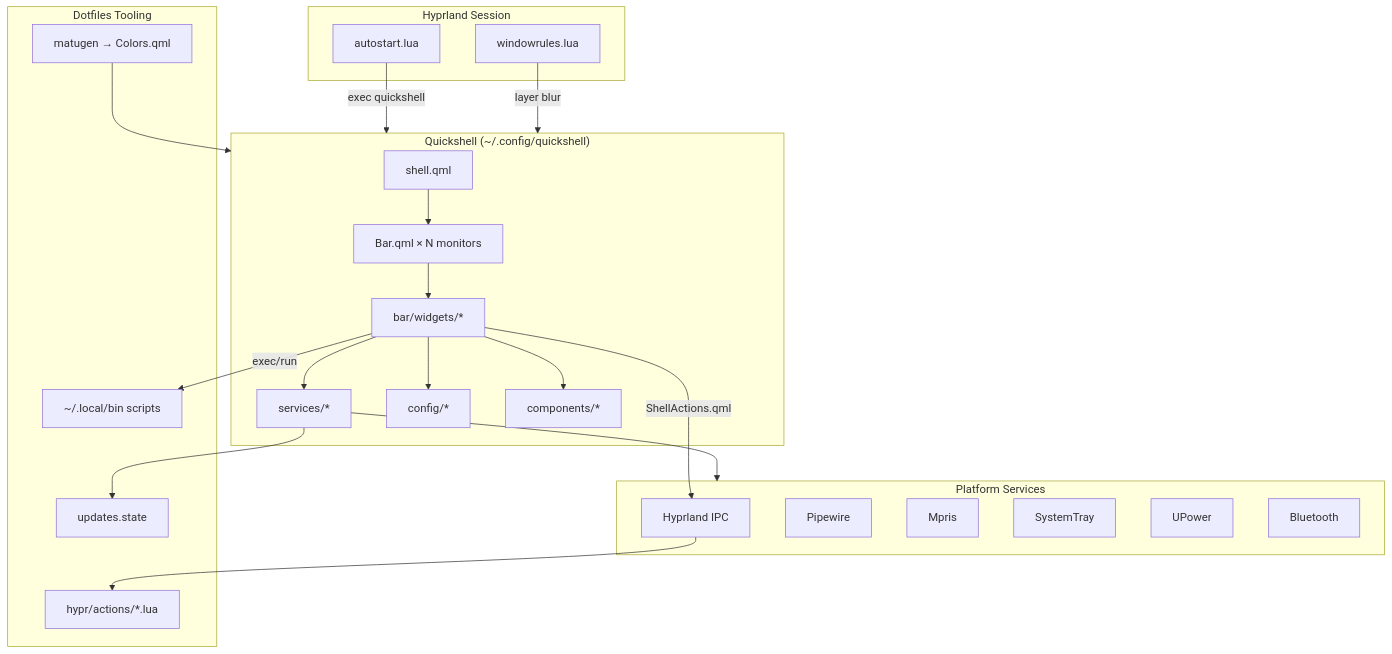
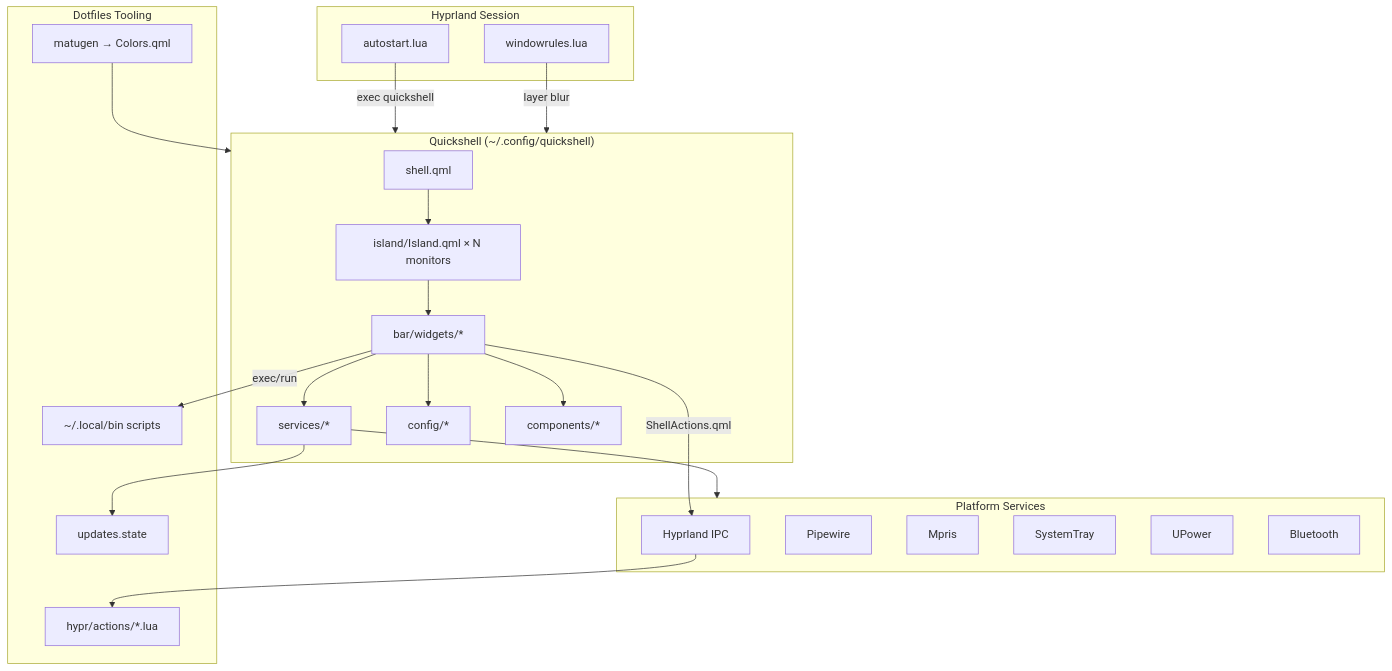
Before and after one commit to Genoux/dotfiles: the first of 4 diagrams in stow/quickshell/.config/quickshell/OVERVIEW.md, drawn with Mermaid. The commit also changed other lines of this file and 80 other files, not shown here.

First line of the commit message:
feat(shell): replace the old bar with the island

````diff
--- a/stow/quickshell/.config/quickshell/OVERVIEW.md
+++ b/stow/quickshell/.config/quickshell/OVERVIEW.md
@@ -46,43 +46,43 @@
 ```mermaid
 flowchart TB
     subgraph Session["Hyprland Session"]
         AS[autostart.lua]
         WR[windowrules.lua]
     end
 
     subgraph Shell["Quickshell (~/.config/quickshell)"]
         SR[shell.qml]
-        BAR[Bar.qml × N monitors]
+        BAR[island/Island.qml × N monitors]
         W[bar/widgets/*]
         SVC[services/*]
         CFG[config/*]
         CMP[components/*]
     end
 
     subgraph Platform["Platform Services"]
         HL[Hyprland IPC]
         PW[Pipewire]
         MP[Mpris]
         ST[SystemTray]
         UP[UPower]
         BT[Bluetooth]
     end
 
     subgraph Dotfiles["Dotfiles Tooling"]
         MAT[matugen → Colors.qml]
         SCR[~/.local/bin scripts]
         LUA[hypr/actions/*.lua]
         STATE[updates.state]
     end
 
     AS -->|exec quickshell| Shell
     SR --> BAR --> W
     W --> SVC & CFG & CMP
     SVC --> Platform
     W -->|ShellActions.qml| HL
     HL --> LUA
     W -->|exec/run| SCR
     MAT --> Shell
     SVC --> STATE
     WR -->|layer blur| Shell
 ```
````
